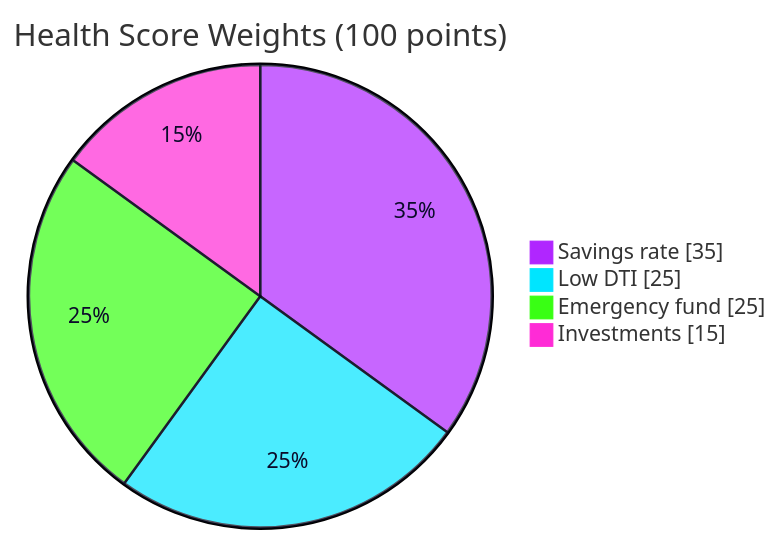
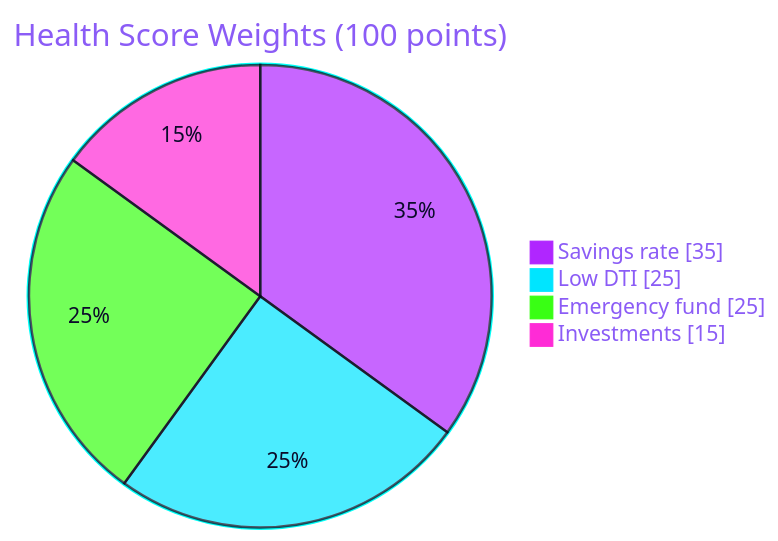
One commit to Mansi232323/MANSHORA changed the ninth of 17 diagrams in README.md. Above: the diagram before and after it, drawn with Mermaid. The commit also changed other lines of this file, not shown here.

````diff
--- a/README.md
+++ b/README.md
@@ -360,8 +362,8 @@
 ```mermaid
-%%{init: {'theme':'base','themeVariables':{'fontSize':'16px','fontFamily':'Arial, Helvetica, sans-serif','pie1':'#b026ff','pie2':'#00e5ff','pie3':'#39ff14','pie4':'#ff2bd6','pieSectionTextColor':'#0b0b2a','pieStrokeColor':'#07071c','pieStrokeWidth':'2px'}}}%%
+%%{init: {'theme':'base','themeVariables':{'fontSize':'16px','fontFamily':'Arial, Helvetica, sans-serif','pie1':'#b026ff','pie2':'#00e5ff','pie3':'#39ff14','pie4':'#ff2bd6','pieSectionTextColor':'#0b0b2a','pieTitleTextColor':'#8b5cf6','pieLegendTextColor':'#8b5cf6','pieOuterStrokeColor':'#00fff7','pieOuterStrokeWidth':'2px','pieStrokeColor':'#07071c','pieStrokeWidth':'2px'}}}%%
 pie showData title Health Score Weights (100 points)
     "Savings rate" : 35
     "Low DTI" : 25
     "Emergency fund" : 25
     "Investments" : 15
 ```
````
